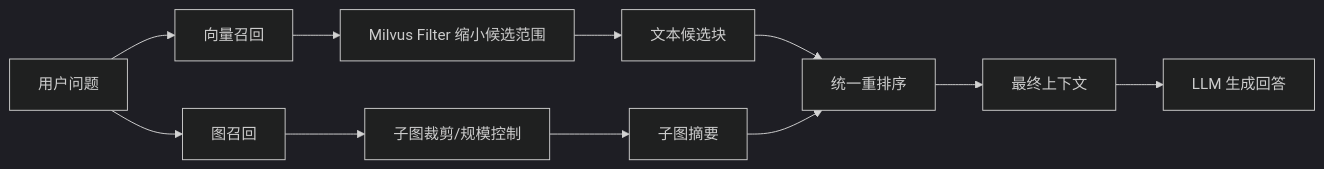
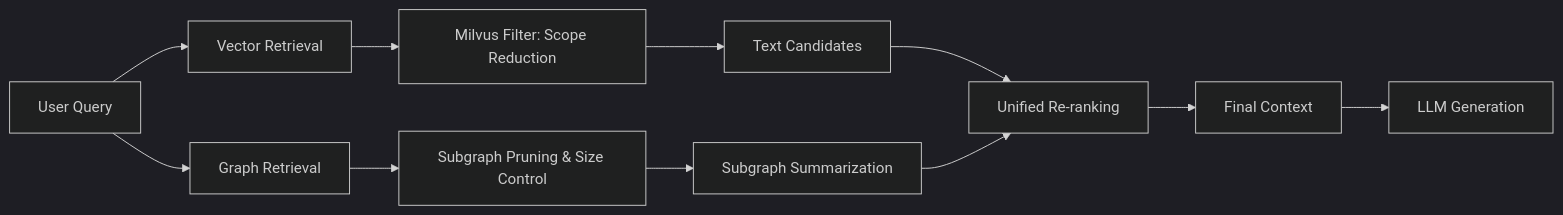
The diagram in docs/threatrag-blog-retrospective-draft.md (djmahe4/CTI-RAG), drawn with Mermaid (dark theme) before and after one commit. The commit also changed other lines of this file and 21 other files, not shown here.

````diff
--- a/docs/threatrag-blog-retrospective-draft.md
+++ b/docs/threatrag-blog-retrospective-draft.md
@@ -27,13 +25,13 @@
 ```mermaid
 flowchart LR
-    Q[用户问题] --> V1[向量召回]
-    Q --> G1[图召回]
-    V1 --> VF[Milvus Filter 缩小候选范围]
-    VF --> VC[文本候选块]
-    G1 --> GS[子图裁剪/规模控制]
-    GS --> SUM[子图摘要]
-    VC --> RR[统一重排序]
+    Q[User Query] --> V1[Vector Retrieval]
+    Q --> G1[Graph Retrieval]
+    V1 --> VF[Milvus Filter: Scope Reduction]
+    VF --> VC[Text Candidates]
+    G1 --> GS[Subgraph Pruning & Size Control]
+    GS --> SUM[Subgraph Summarization]
+    VC --> RR[Unified Re-ranking]
     SUM --> RR
-    RR --> CTX[最终上下文]
-    CTX --> LLM[LLM 生成回答]
+    RR --> CTX[Final Context]
+    CTX --> LLM[LLM Generation]
 ```
````
